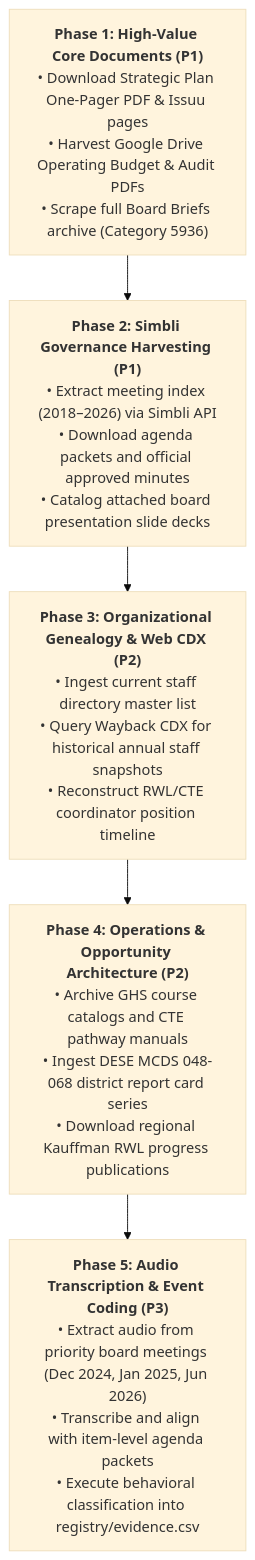
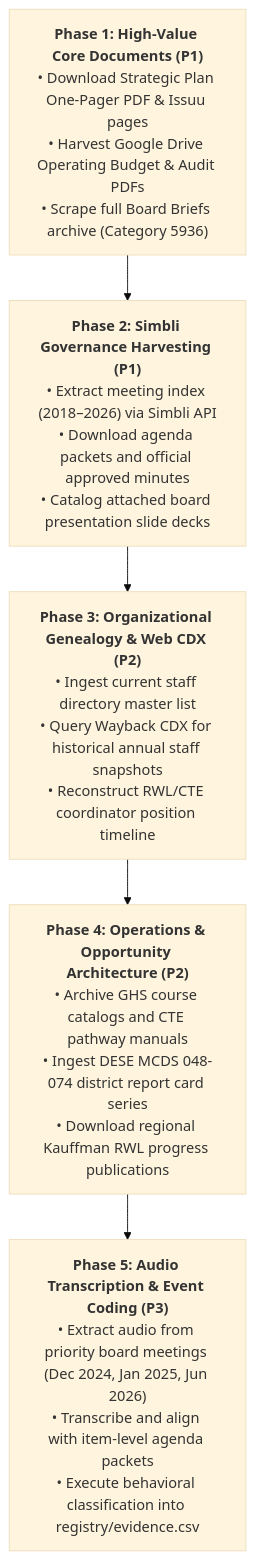
One commit to admiralorbiter/computational-sketchbook changed the second of 2 diagrams in 2026/2026-09-26-rwl-institutionalization/districts/grandview-c4/README.md. Above: the diagram before and after it, drawn with Mermaid (base theme). The commit also changed other lines of this file, not shown here.

Commit message:
Correct Grandview DESE district code to 048074

````diff
--- a/2026/2026-09-26-rwl-institutionalization/districts/grandview-c4/README.md
+++ b/2026/2026-09-26-rwl-institutionalization/districts/grandview-c4/README.md
@@ -156,10 +156,10 @@
 ```mermaid
 flowchart TD
     P1["<b>Phase 1: High-Value Core Documents (P1)</b><br/>• Download Strategic Plan One-Pager PDF & Issuu pages<br/>• Harvest Google Drive Operating Budget & Audit PDFs<br/>• Scrape full Board Briefs archive (Category 5936)"]
     P2["<b>Phase 2: Simbli Governance Harvesting (P1)</b><br/>• Extract meeting index (2018–2026) via Simbli API<br/>• Download agenda packets and official approved minutes<br/>• Catalog attached board presentation slide decks"]
     P3["<b>Phase 3: Organizational Genealogy & Web CDX (P2)</b><br/>• Ingest current staff directory master list<br/>• Query Wayback CDX for historical annual staff snapshots<br/>• Reconstruct RWL/CTE coordinator position timeline"]
-    P4["<b>Phase 4: Operations & Opportunity Architecture (P2)</b><br/>• Archive GHS course catalogs and CTE pathway manuals<br/>• Ingest DESE MCDS 048-068 district report card series<br/>• Download regional Kauffman RWL progress publications"]
+    P4["<b>Phase 4: Operations & Opportunity Architecture (P2)</b><br/>• Archive GHS course catalogs and CTE pathway manuals<br/>• Ingest DESE MCDS 048-074 district report card series<br/>• Download regional Kauffman RWL progress publications"]
     P5["<b>Phase 5: Audio Transcription & Event Coding (P3)</b><br/>• Extract audio from priority board meetings (Dec 2024, Jan 2025, Jun 2026)<br/>• Transcribe and align with item-level agenda packets<br/>• Execute behavioral classification into registry/evidence.csv"]
 
     P1 --> P2 --> P3 --> P4 --> P5
 ```
````
